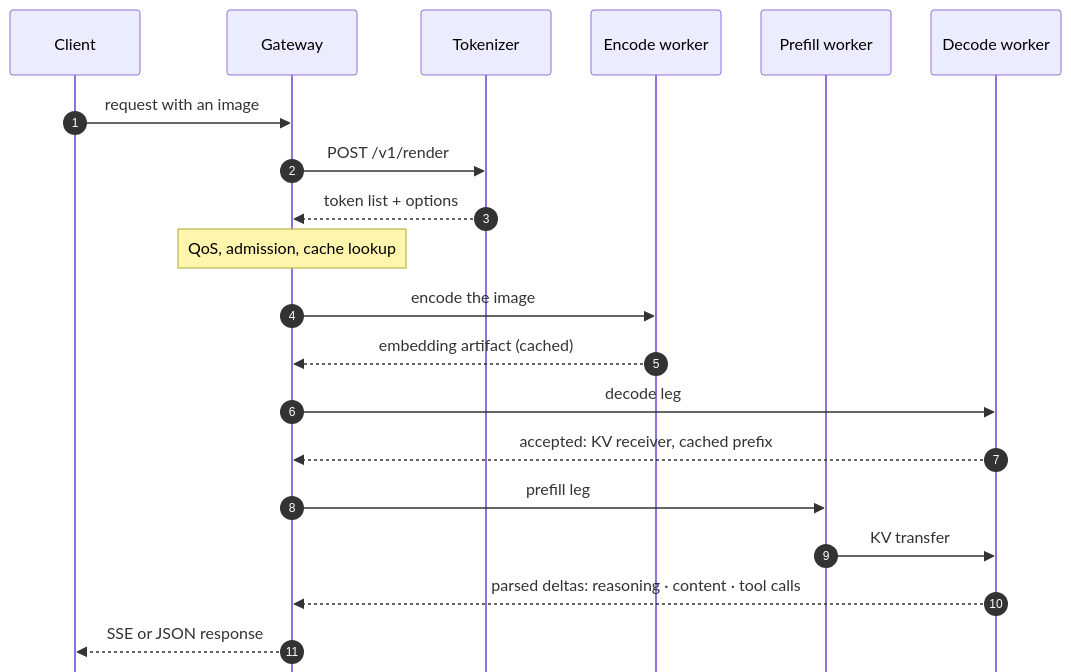
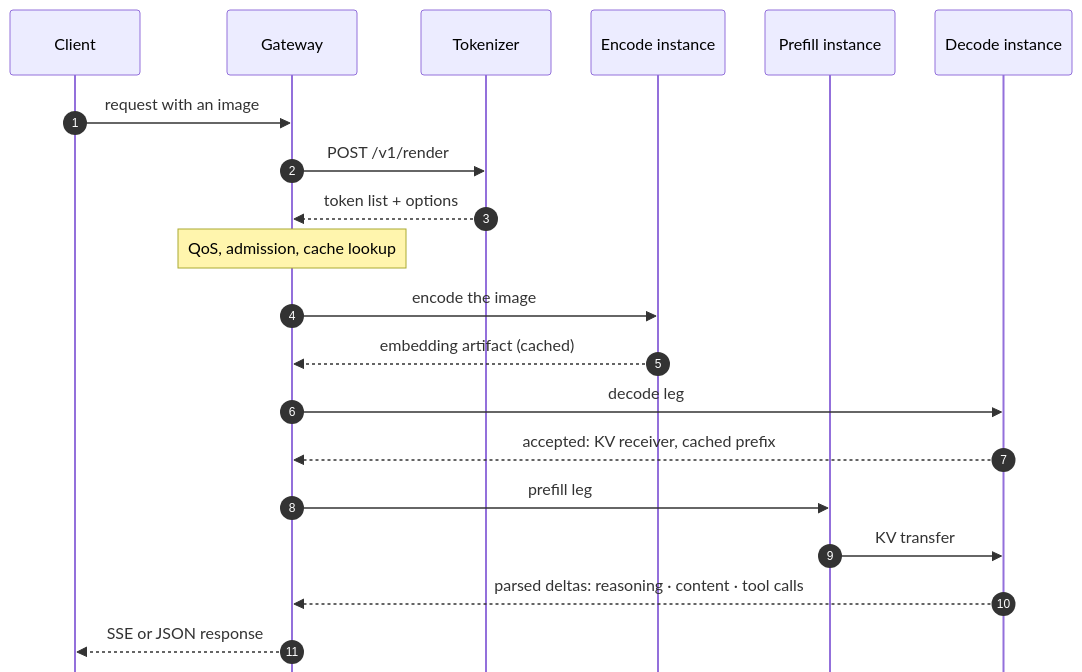
One commit to leonyang215/ModelWeave changed the second of 2 diagrams in README.md. Above: the diagram before and after it, drawn with Mermaid. The commit also changed other lines of this file and 7 other files, not shown here.

````diff
--- a/README.md
+++ b/README.md
@@ -78,23 +87,23 @@
 ```mermaid
 %%{init: {"sequence": {"mirrorActors": false, "actorMargin": 40, "width": 130}}}%%
 sequenceDiagram
     autonumber
     participant C as Client
     participant G as Gateway
     participant T as Tokenizer
-    participant E as Encode worker
-    participant P as Prefill worker
-    participant D as Decode worker
+    participant E as Encode instance
+    participant P as Prefill instance
+    participant D as Decode instance
     C->>G: request with an image
     G->>T: POST /v1/render
     T-->>G: token list + options
     Note over G: QoS, admission, cache lookup
     G->>E: encode the image
     E-->>G: embedding artifact (cached)
     G->>D: decode leg
     D-->>G: accepted: KV receiver, cached prefix
     G->>P: prefill leg
     P->>D: KV transfer
     D-->>G: parsed deltas: reasoning · content · tool calls
     G-->>C: SSE or JSON response
 ```
````
